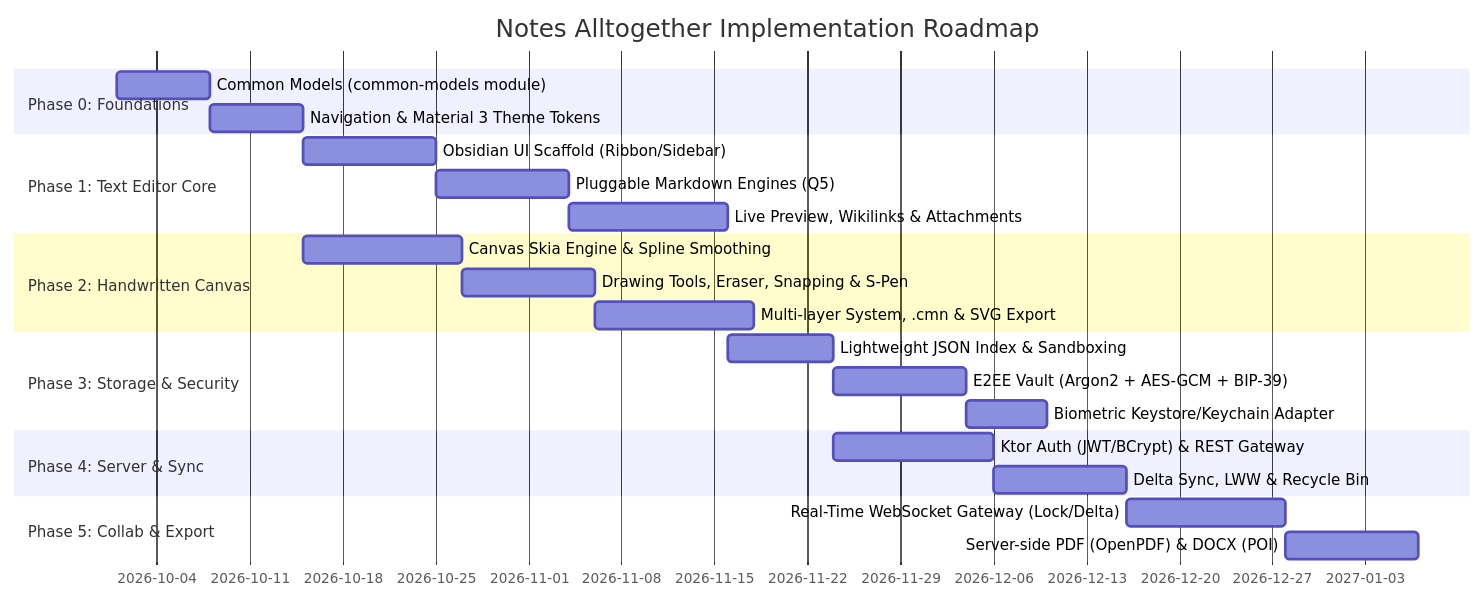
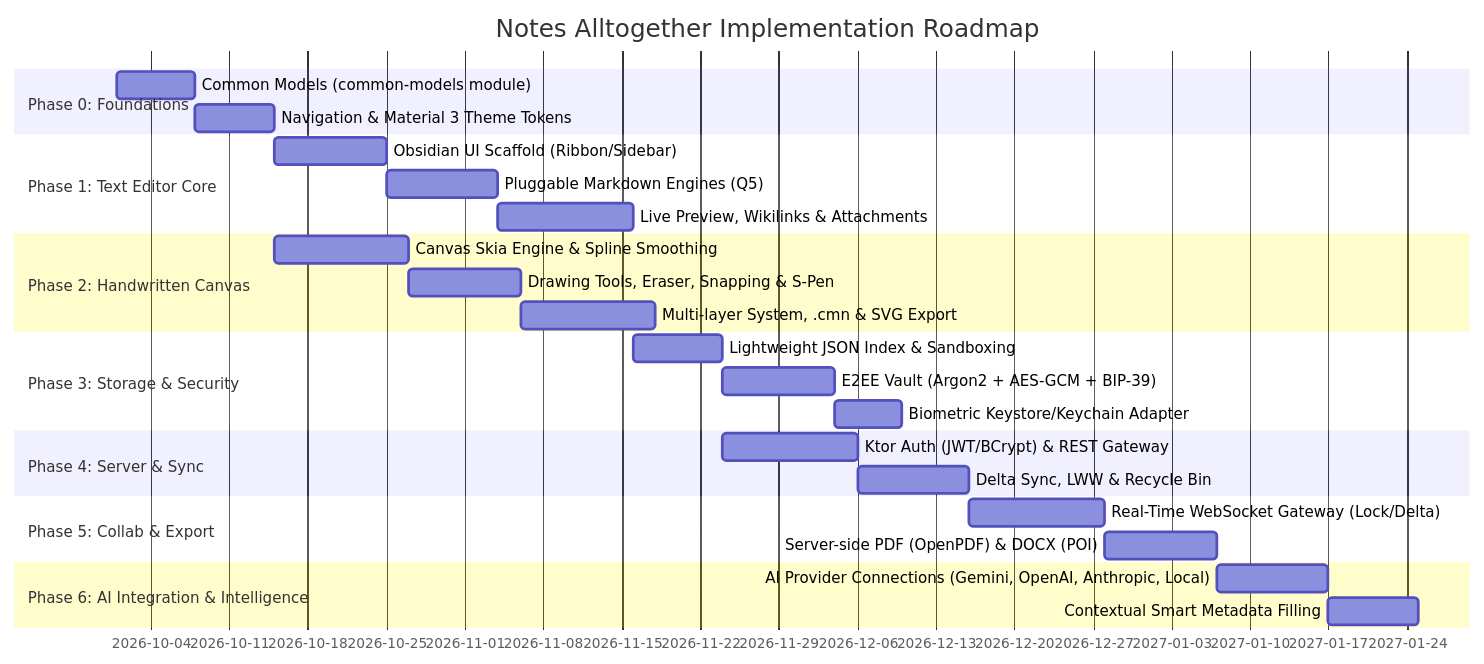
The second of 2 diagrams in docs/features.md (rokhlin/notesClientApp), drawn with Mermaid before and after one commit. The commit also changed other lines of this file and 1 other file, not shown here.

Commit message:
docs: add Phase 6 AI provider connections and contextual smart metadata to roadmap and dependencies

````diff
--- a/docs/features.md
+++ b/docs/features.md
@@ -141,26 +141,29 @@
 ```mermaid
 gantt
     title Notes Alltogether Implementation Roadmap
     dateFormat  YYYY-MM-DD
     section Phase 0: Foundations
     Common Models (common-models module)  :p0_1, 2026-10-01, 7d
     Navigation & Material 3 Theme Tokens  :p0_2, after p0_1, 7d
     section Phase 1: Text Editor Core
     Obsidian UI Scaffold (Ribbon/Sidebar):p1_1, after p0_2, 10d
     Pluggable Markdown Engines (Q5)       :p1_2, after p1_1, 10d
     Live Preview, Wikilinks & Attachments :p1_3, after p1_2, 12d
     section Phase 2: Handwritten Canvas
     Canvas Skia Engine & Spline Smoothing:p2_1, after p0_2, 12d
     Drawing Tools, Eraser, Snapping & S-Pen:p2_2, after p2_1, 10d
     Multi-layer System, .cmn & SVG Export:p2_3, after p2_2, 12d
     section Phase 3: Storage & Security
     Lightweight JSON Index & Sandboxing   :p3_1, after p1_3, 8d
     E2EE Vault (Argon2 + AES-GCM + BIP-39):p3_2, after p3_1, 10d
     Biometric Keystore/Keychain Adapter   :p3_3, after p3_2, 6d
     section Phase 4: Server & Sync
     Ktor Auth (JWT/BCrypt) & REST Gateway :p4_1, after p3_1, 12d
     Delta Sync, LWW & Recycle Bin         :p4_2, after p4_1, 10d
     section Phase 5: Collab & Export
     Real-Time WebSocket Gateway (Lock/Delta):p5_1, after p4_2, 12d
     Server-side PDF (OpenPDF) & DOCX (POI):p5_2, after p5_1, 10d
+    section Phase 6: AI Integration & Intelligence
+    AI Provider Connections (Gemini, OpenAI, Anthropic, Local):p6_1, after p5_2, 10d
+    Contextual Smart Metadata Filling    :p6_2, after p6_1, 8d
 ```
````
